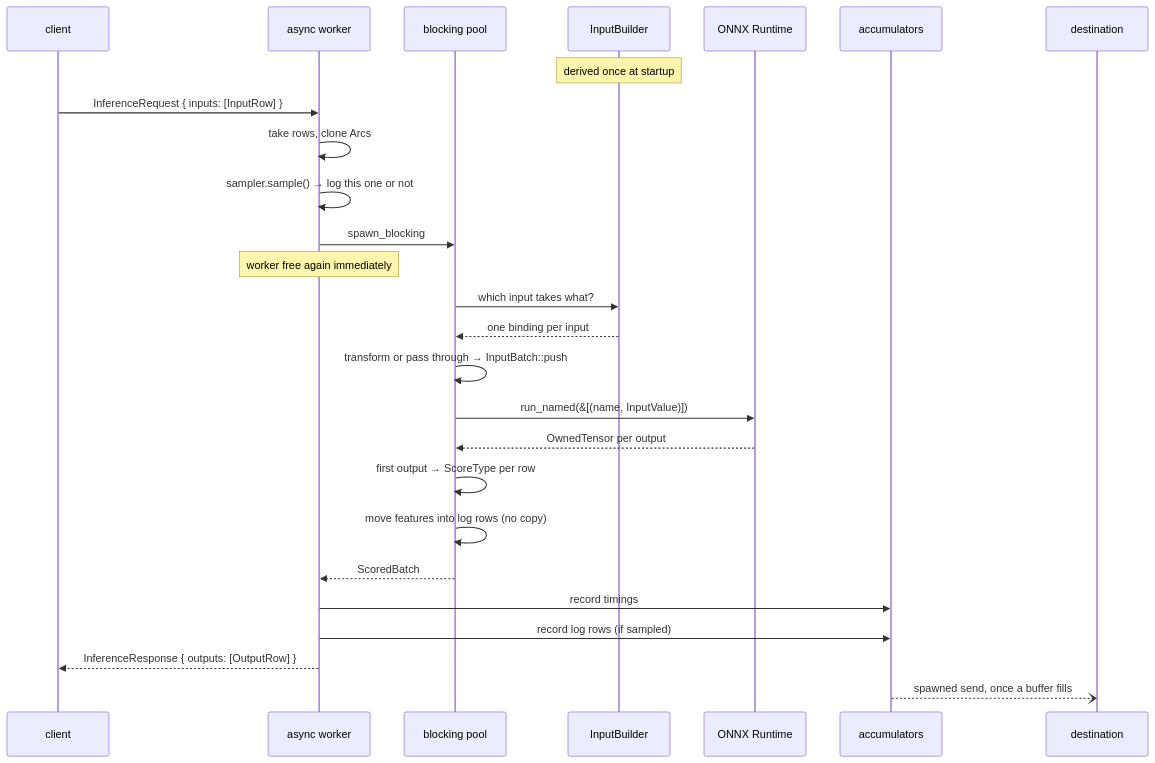
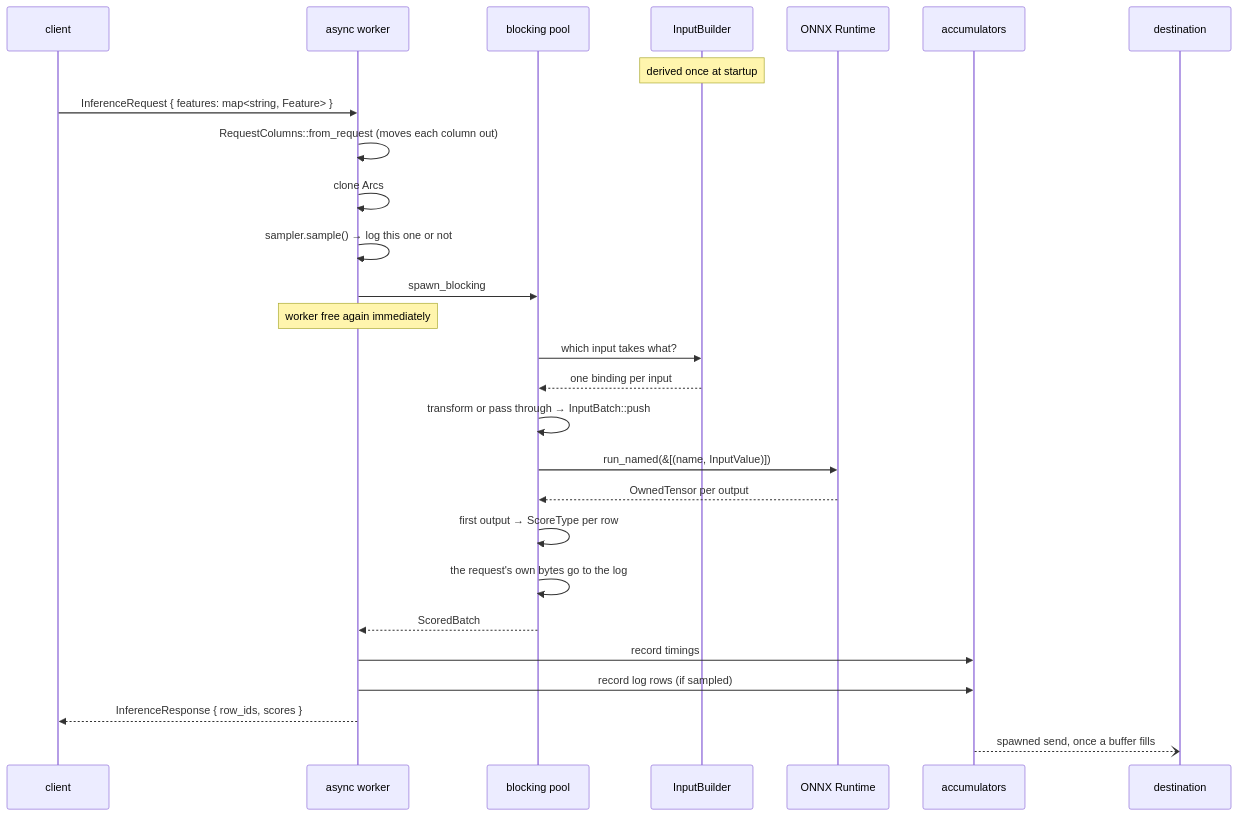
The second of 6 diagrams in documentation/request-walkthrough.md (PratikBarhate/hushar), drawn with Mermaid before and after one commit. The commit also changed other lines of this file and 72 other files, not shown here.

````diff
--- a/documentation/request-walkthrough.md
+++ b/documentation/request-walkthrough.md
@@ -50,29 +50,30 @@
 ```mermaid
 sequenceDiagram
   participant C as client
   participant W as async worker
   participant B as blocking pool
   participant P as InputBuilder
   participant E as ONNX Runtime
   participant A as accumulators
   participant D as destination
 
   Note over P: derived once at startup
-  C->>W: InferenceRequest { inputs: [InputRow] }
-  W->>W: take rows, clone Arcs
+  C->>W: InferenceRequest { features: map<string, Feature> }
+  W->>W: RequestColumns::from_request (moves each column out)
+  W->>W: clone Arcs
   W->>W: sampler.sample() → log this one or not
   W->>B: spawn_blocking
   Note over W: worker free again immediately
   B->>P: which input takes what?
   P-->>B: one binding per input
   B->>B: transform or pass through → InputBatch::push
   B->>E: run_named(&[(name, InputValue)])
   E-->>B: OwnedTensor per output
   B->>B: first output → ScoreType per row
-  B->>B: move features into log rows (no copy)
+  B->>B: the request's own bytes go to the log
   B-->>W: ScoredBatch
   W->>A: record timings
   W->>A: record log rows (if sampled)
-  W-->>C: InferenceResponse { outputs: [OutputRow] }
+  W-->>C: InferenceResponse { row_ids, scores }
   A--)D: spawned send, once a buffer fills
 ```
````
